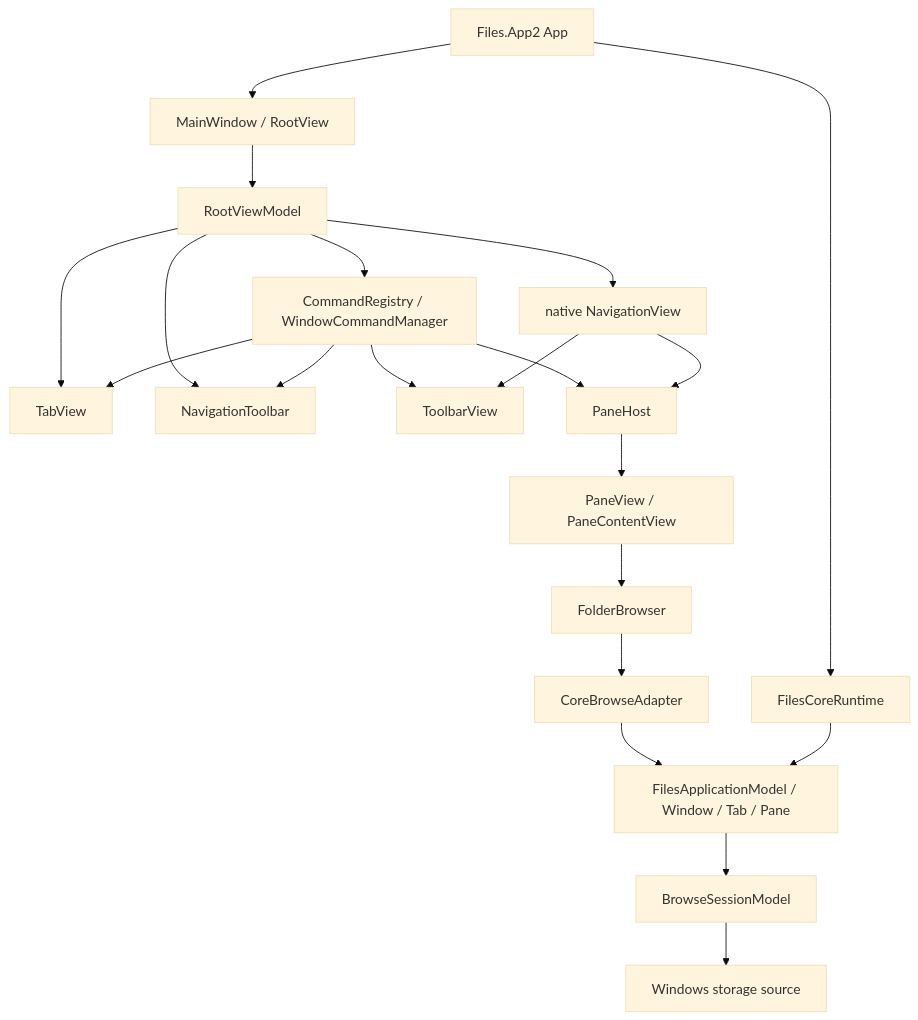
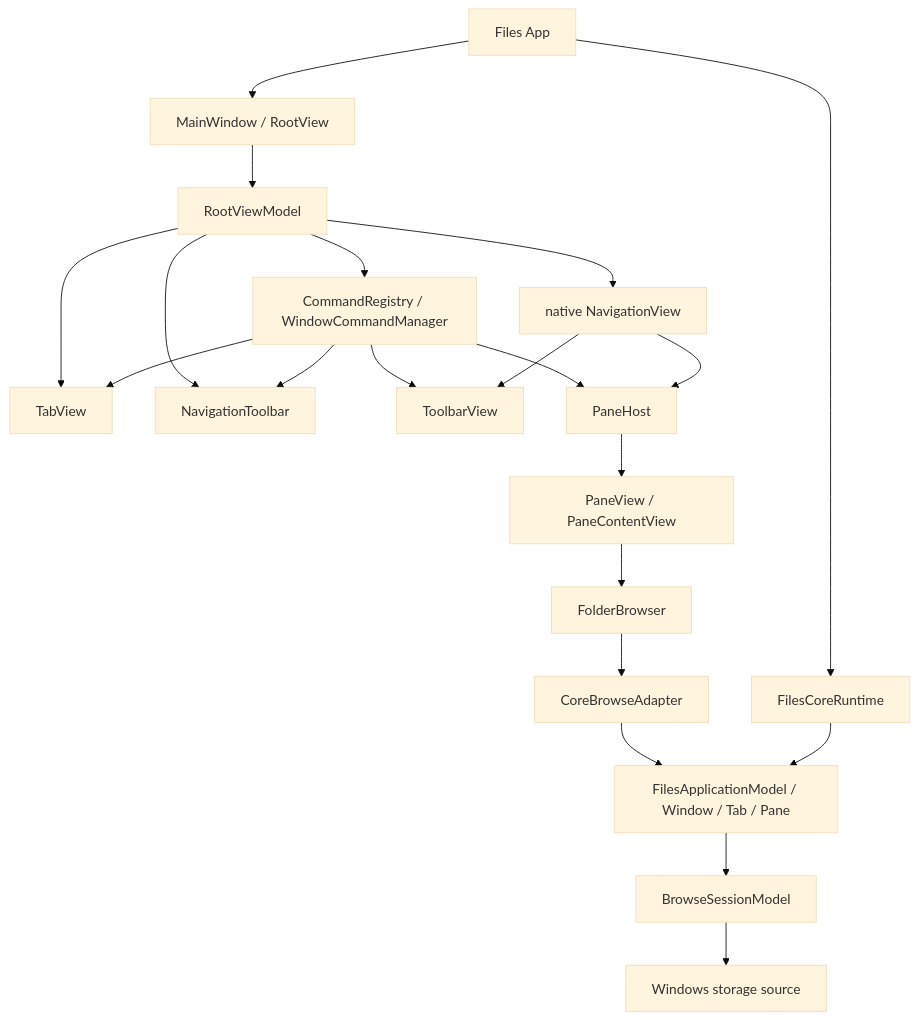
The first of 2 diagrams in docs/architecture/files-app2.md (0x5bfa/Files), drawn with Mermaid (base theme) before and after one commit. The commit also changed other lines of this file and 1185 other files, not shown here.

````diff
--- a/docs/architecture/files-app2.md
+++ b/docs/architecture/files-app2.md
@@ -9,40 +9,40 @@
 ```mermaid
 flowchart TB
-    App["Files.App2 App"]
+    App["Files App"]
     Window["MainWindow / RootView"]
     ViewModel["RootViewModel"]
     Commands["CommandRegistry / WindowCommandManager"]
     Tabs["TabView"]
     Navigation["NavigationToolbar"]
     Shell["native NavigationView"]
     Toolbar["ToolbarView"]
     Panes["PaneHost"]
     Pane["PaneView / PaneContentView"]
     Browser["FolderBrowser"]
     Adapter["CoreBrowseAdapter"]
     Runtime["FilesCoreRuntime"]
     Models["FilesApplicationModel / Window / Tab / Pane"]
     Session["BrowseSessionModel"]
     Source["Windows storage source"]
 
     App --> Runtime
     App --> Window
     Window --> ViewModel
     ViewModel --> Tabs
     ViewModel --> Navigation
     ViewModel --> Commands
     ViewModel --> Shell
     Commands --> Navigation
     Commands --> Toolbar
     Commands --> Tabs
     Commands --> Panes
     Shell --> Toolbar
     Shell --> Panes
     Panes --> Pane
     Pane --> Browser
     Browser --> Adapter
     Adapter --> Models
     Runtime --> Models
     Models --> Session
     Session --> Source
 ```
````
